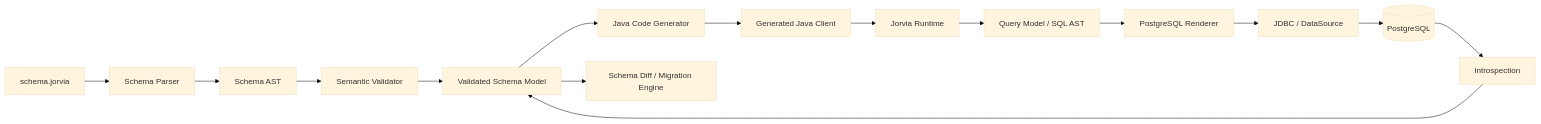
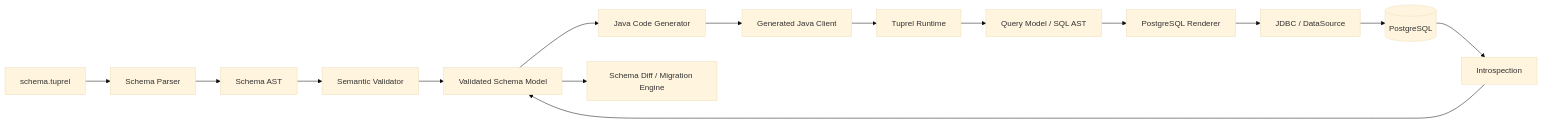
The diagram in docs/architecture/ARCHITECTURE.md (tuprel/tuprel), drawn with Mermaid (base theme) before and after one commit. The commit also changed other lines of this file and 58 other files, not shown here.

````diff
--- a/docs/architecture/ARCHITECTURE.md
+++ b/docs/architecture/ARCHITECTURE.md
@@ -7,17 +7,17 @@
 ```mermaid
 flowchart LR
-    Schema[schema.jorvia] --> Parser[Schema Parser]
+    Schema[schema.tuprel] --> Parser[Schema Parser]
     Parser --> AST[Schema AST]
     AST --> Validator[Semantic Validator]
     Validator --> Model[Validated Schema Model]
     Model --> Codegen[Java Code Generator]
     Model --> Diff[Schema Diff / Migration Engine]
     Codegen --> Client[Generated Java Client]
-    Client --> Runtime[Jorvia Runtime]
+    Client --> Runtime[Tuprel Runtime]
     Runtime --> Query[Query Model / SQL AST]
     Query --> PG[PostgreSQL Renderer]
     PG --> JDBC[JDBC / DataSource]
     JDBC --> DB[(PostgreSQL)]
     DB --> Introspection[Introspection]
     Introspection --> Model
 ```
````
